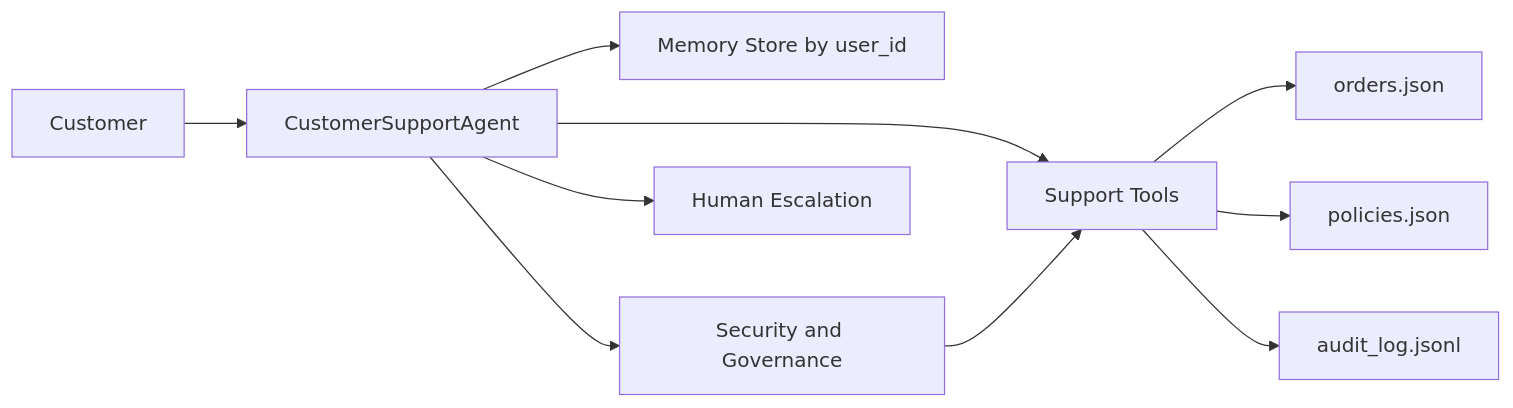
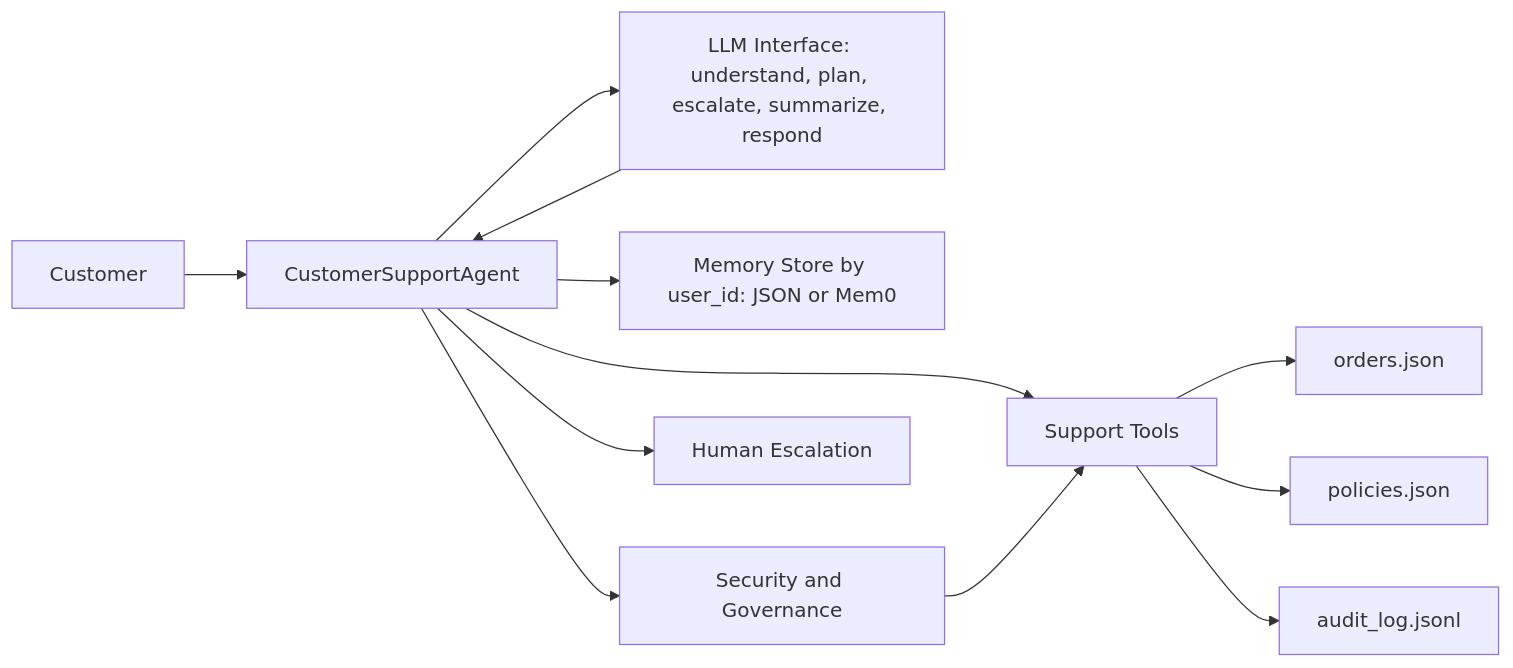
One commit to Lequanwo/customer-support-agent changed the diagram in README.md. Above: the diagram before and after it, drawn with Mermaid. The commit also changed other lines of this file and 18 other files, not shown here.

````diff
--- a/README.md
+++ b/README.md
@@ -13,12 +13,14 @@
 ```mermaid
 flowchart LR
     U[Customer] --> A[CustomerSupportAgent]
-    A --> M[Memory Store by user_id]
+    A --> LLM[LLM Interface: understand, plan, escalate, summarize, respond]
+    LLM --> A
+    A --> M[Memory Store by user_id: JSON or Mem0]
     A --> T[Support Tools]
     A --> G[Security and Governance]
     T --> O[orders.json]
     T --> P[policies.json]
-    T --> L[audit_log.jsonl]
+    T --> LOG[audit_log.jsonl]
     G --> T
     A --> E[Human Escalation]
 ```
````
